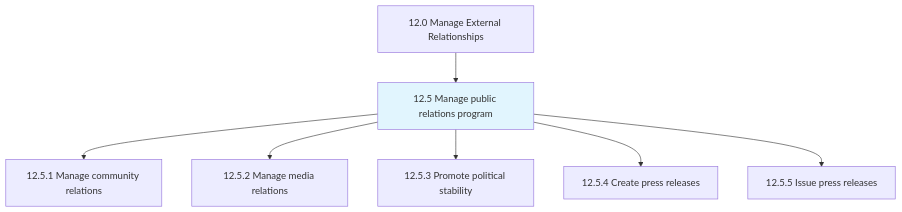
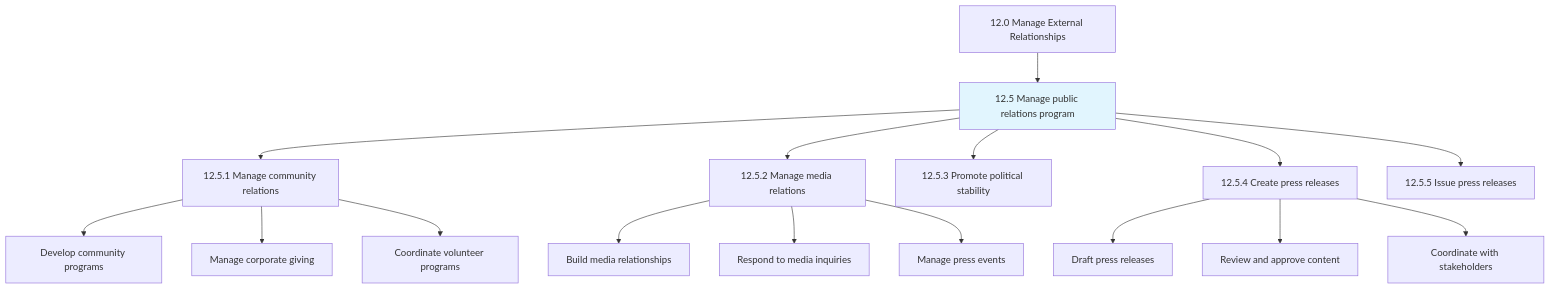
The first of 5 diagrams in processes/12-External/12.5-ManagePublicRelationsProgram/index.mdx (kziemski/business.org.ai), drawn with Mermaid before and after one commit. The commit also changed other lines of this file and 67 other files, not shown here.

````diff
--- a/processes/12-External/12.5-ManagePublicRelationsProgram/index.mdx
+++ b/processes/12-External/12.5-ManagePublicRelationsProgram/index.mdx
@@ -25,11 +31,23 @@
 ```mermaid
 graph TD
     C12["12.0 Manage External Relationships"]
     C12 --> N12_5["12.5 Manage public relations program"]
     style N12_5 fill:#e1f5fe
     N12_5 --> N12_5_1["12.5.1 Manage community relations"]
     N12_5 --> N12_5_2["12.5.2 Manage media relations"]
     N12_5 --> N12_5_3["12.5.3 Promote political stability"]
     N12_5 --> N12_5_4["12.5.4 Create press releases"]
     N12_5 --> N12_5_5["12.5.5 Issue press releases"]
+
+    N12_5_1 --> A1_1["Develop community programs"]
+    N12_5_1 --> A1_2["Manage corporate giving"]
+    N12_5_1 --> A1_3["Coordinate volunteer programs"]
+
+    N12_5_2 --> A2_1["Build media relationships"]
+    N12_5_2 --> A2_2["Respond to media inquiries"]
+    N12_5_2 --> A2_3["Manage press events"]
+
+    N12_5_4 --> A4_1["Draft press releases"]
+    N12_5_4 --> A4_2["Review and approve content"]
+    N12_5_4 --> A4_3["Coordinate with stakeholders"]
 ```
````
